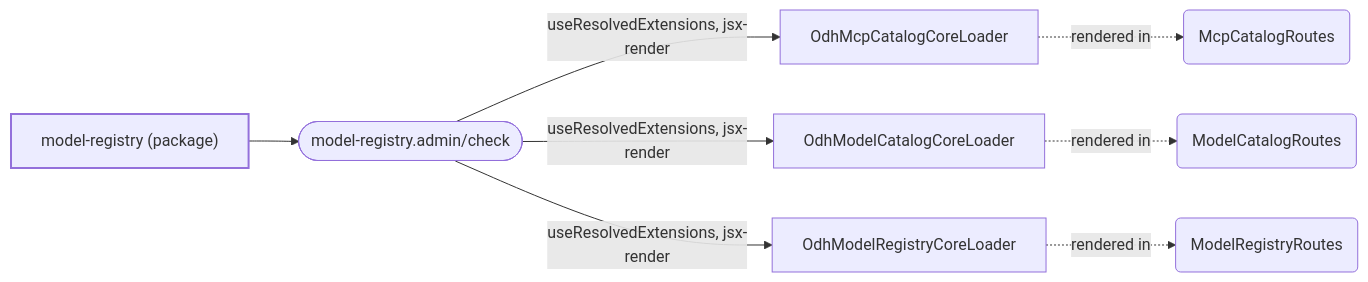
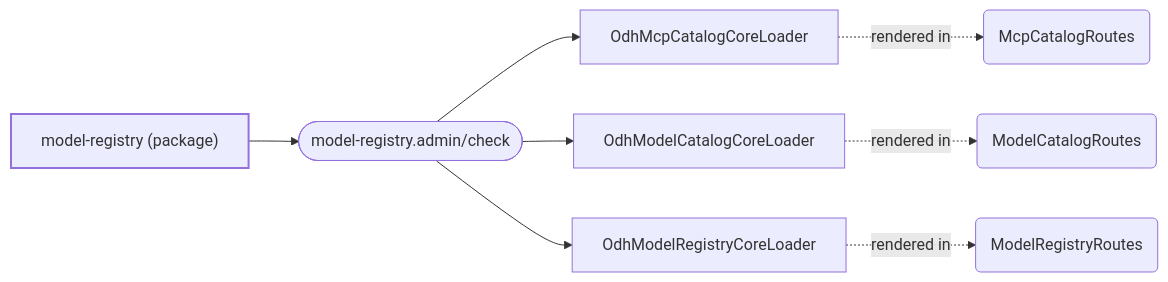
One commit to mturley/odh-dashboard changed the fourth of 10 diagrams in packages/model-registry/docs/extensions.md. Above: the diagram before and after it, drawn with Mermaid. The commit also changed other lines of this file and 28 other files, not shown here.

````diff
--- a/packages/model-registry/docs/extensions.md
+++ b/packages/model-registry/docs/extensions.md
@@ -195,20 +294,20 @@
 ```mermaid
 flowchart LR
   classDef pkg stroke-width:2px
   classDef point stroke-width:1px
   n_pkg__odh_dashboard_model_registry_1fc815["model-registry (package)"]:::pkg
   n_model_registry_admin_check_d55a30(["model-registry.admin/check"]):::point
   n_pkg__odh_dashboard_model_registry_1fc815 --> n_model_registry_admin_check_d55a30
   n_symbol_packages_model_registry_upstream_frontend_src_odh_components_OdhMcpCatalogCoreLoader_tsx_OdhMcpCatalogCoreLoader_2d2018["OdhMcpCatalogCoreLoader"]
-  n_model_registry_admin_check_d55a30 -- "useResolvedExtensions, jsx-render" --> n_symbol_packages_model_registry_upstream_frontend_src_odh_components_OdhMcpCatalogCoreLoader_tsx_OdhMcpCatalogCoreLoader_2d2018
+  n_model_registry_admin_check_d55a30 --> n_symbol_packages_model_registry_upstream_frontend_src_odh_components_OdhMcpCatalogCoreLoader_tsx_OdhMcpCatalogCoreLoader_2d2018
   n_symbol_packages_model_registry_upstream_frontend_src_odh_components_OdhModelCatalogCoreLoader_tsx_OdhModelCatalogCoreLoader_caa324["OdhModelCatalogCoreLoader"]
-  n_model_registry_admin_check_d55a30 -- "useResolvedExtensions, jsx-render" --> n_symbol_packages_model_registry_upstream_frontend_src_odh_components_OdhModelCatalogCoreLoader_tsx_OdhModelCatalogCoreLoader_caa324
+  n_model_registry_admin_check_d55a30 --> n_symbol_packages_model_registry_upstream_frontend_src_odh_components_OdhModelCatalogCoreLoader_tsx_OdhModelCatalogCoreLoader_caa324
   n_symbol_packages_model_registry_upstream_frontend_src_odh_components_OdhModelRegistryCoreLoader_tsx_OdhModelRegistryCoreLoader_048726["OdhModelRegistryCoreLoader"]
-  n_model_registry_admin_check_d55a30 -- "useResolvedExtensions, jsx-render" --> n_symbol_packages_model_registry_upstream_frontend_src_odh_components_OdhModelRegistryCoreLoader_tsx_OdhModelRegistryCoreLoader_048726
+  n_model_registry_admin_check_d55a30 --> n_symbol_packages_model_registry_upstream_frontend_src_odh_components_OdhModelRegistryCoreLoader_tsx_OdhModelRegistryCoreLoader_048726
   n_symbol_packages_model_registry_upstream_frontend_src_app_pages_mcpCatalog_McpCatalogRoutes_tsx_McpCatalogRoutes_71c3a2("McpCatalogRoutes")
   n_symbol_packages_model_registry_upstream_frontend_src_app_pages_modelCatalog_ModelCatalogRoutes_tsx_ModelCatalogRoutes_b582db("ModelCatalogRoutes")
   n_symbol_packages_model_registry_upstream_frontend_src_app_pages_modelRegistry_ModelRegistryRoutes_tsx_ModelRegistryRoutes_7a9291("ModelRegistryRoutes")
   n_symbol_packages_model_registry_upstream_frontend_src_odh_components_OdhMcpCatalogCoreLoader_tsx_OdhMcpCatalogCoreLoader_2d2018 -. "rendered in" .-> n_symbol_packages_model_registry_upstream_frontend_src_app_pages_mcpCatalog_McpCatalogRoutes_tsx_McpCatalogRoutes_71c3a2
   n_symbol_packages_model_registry_upstream_frontend_src_odh_components_OdhModelCatalogCoreLoader_tsx_OdhModelCatalogCoreLoader_caa324 -. "rendered in" .-> n_symbol_packages_model_registry_upstream_frontend_src_app_pages_modelCatalog_ModelCatalogRoutes_tsx_ModelCatalogRoutes_b582db
   n_symbol_packages_model_registry_upstream_frontend_src_odh_components_OdhModelRegistryCoreLoader_tsx_OdhModelRegistryCoreLoader_048726 -. "rendered in" .-> n_symbol_packages_model_registry_upstream_frontend_src_app_pages_modelRegistry_ModelRegistryRoutes_tsx_ModelRegistryRoutes_7a9291
 ```
````
